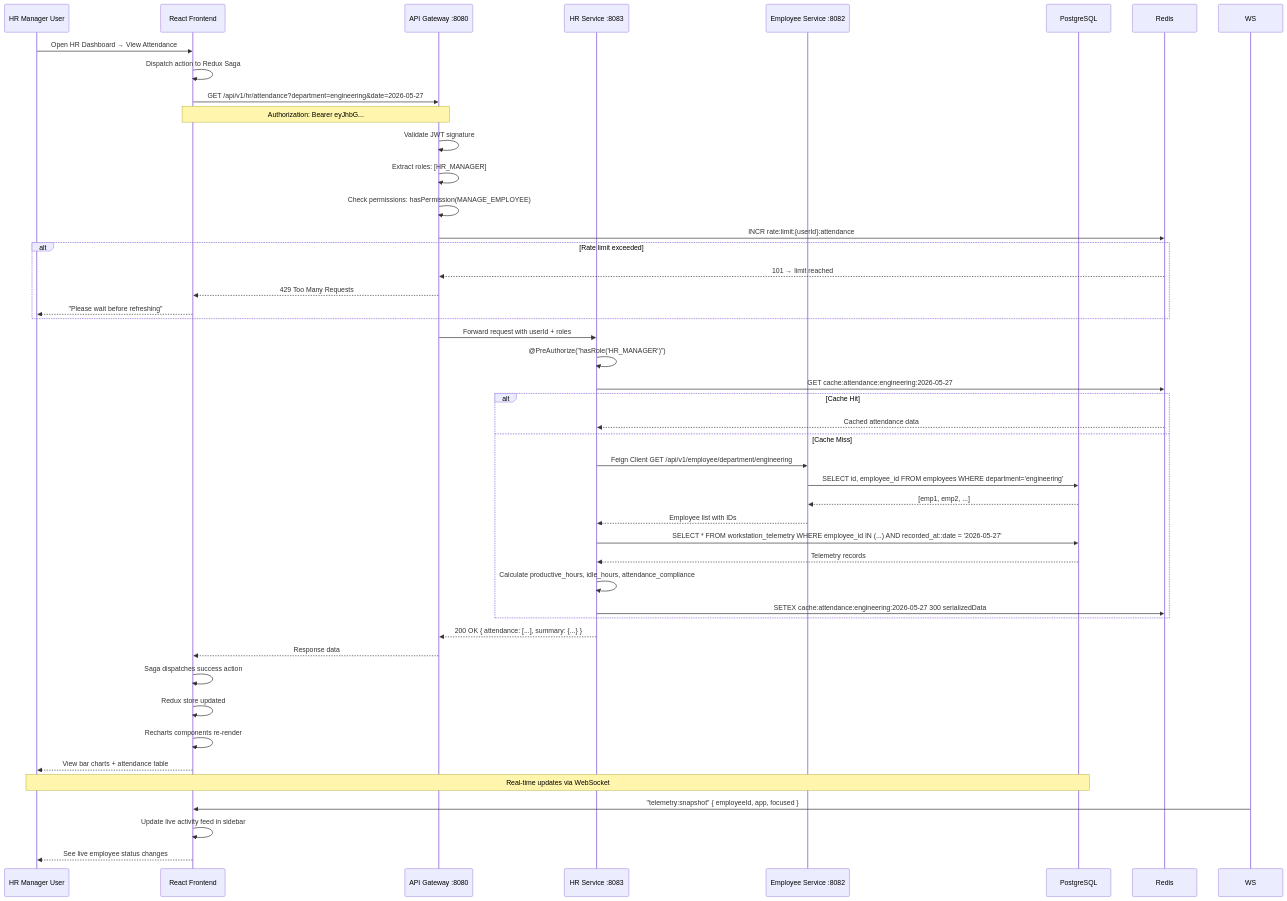
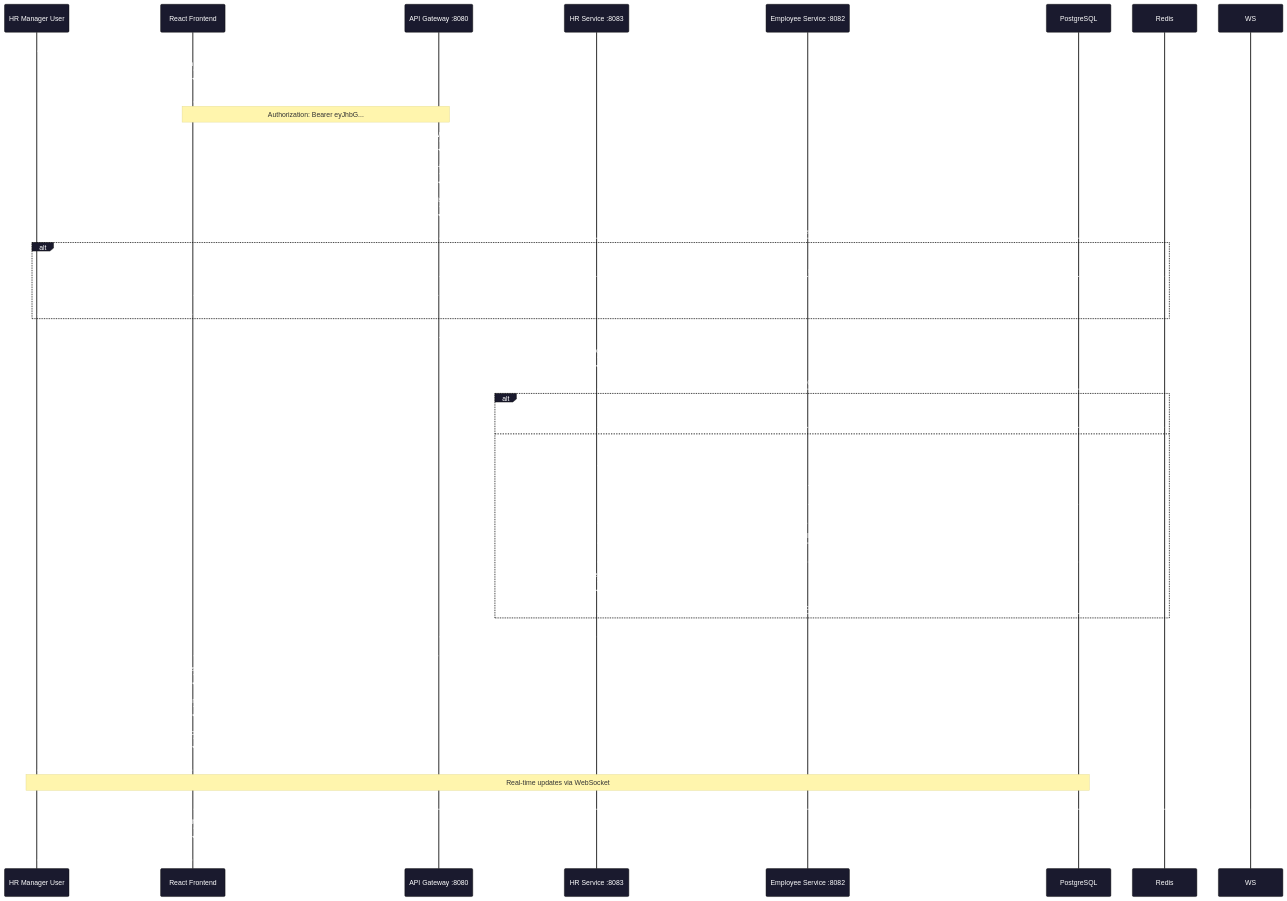
Diagram 12 of 12 in project_overview/FLOW_DIAGRAMS.md (GaganCB2002/WorkSphere-Enterprise-Grade-Activity-Intelligence_V1), drawn with Mermaid before and after one commit. The commit also changed other lines of this file and 2 other files, not shown here.

````diff
--- a/project_overview/FLOW_DIAGRAMS.md
+++ b/project_overview/FLOW_DIAGRAMS.md
@@ -784,58 +922,59 @@
 ```mermaid
+%%{init: {'theme':'base', 'themeVariables': {'primaryColor': '#1a1a2e', 'primaryTextColor': '#ffffff', 'lineColor': '#e2e8f0'}}}%%
 sequenceDiagram
     participant U as HR Manager User
     participant F as React Frontend
     participant GW as API Gateway :8080
     participant HS as HR Service :8083
     participant ES as Employee Service :8082
     participant PG as PostgreSQL
     participant RD as Redis
 
     U->>F: Open HR Dashboard → View Attendance
     F->>F: Dispatch action to Redux Saga
     F->>GW: GET /api/v1/hr/attendance?department=engineering&date=2026-05-27
     Note over F,GW: Authorization: Bearer eyJhbG...
 
     GW->>GW: Validate JWT signature
     GW->>GW: Extract roles: [HR_MANAGER]
     GW->>GW: Check permissions: hasPermission(MANAGE_EMPLOYEE)
     GW->>RD: INCR rate:limit:{userId}:attendance
-    
+
     alt Rate limit exceeded
         RD-->>GW: 101 → limit reached
         GW-->>F: 429 Too Many Requests
         F-->>U: "Please wait before refreshing"
     end
 
     GW->>HS: Forward request with userId + roles
 
     HS->>HS: @PreAuthorize("hasRole('HR_MANAGER')")
     HS->>RD: GET cache:attendance:engineering:2026-05-27
-    
+
     alt Cache Hit
         RD-->>HS: Cached attendance data
     else Cache Miss
         HS->>ES: Feign Client GET /api/v1/employee/department/engineering
         ES->>PG: SELECT id, employee_id FROM employees WHERE department='engineering'
         PG-->>ES: [emp1, emp2, ...]
         ES-->>HS: Employee list with IDs
-        
+
         HS->>PG: SELECT * FROM workstation_telemetry WHERE employee_id IN (...) AND recorded_at::date = '2026-05-27'
         PG-->>HS: Telemetry records
-        
+
         HS->>HS: Calculate productive_hours, idle_hours, attendance_compliance
         HS->>RD: SETEX cache:attendance:engineering:2026-05-27 300 serializedData
     end
 
     HS-->>GW: 200 OK { attendance: [...], summary: {...} }
     GW-->>F: Response data
     F->>F: Saga dispatches success action
     F->>F: Redux store updated
     F->>F: Recharts components re-render
     F-->>U: View bar charts + attendance table
 
     Note over U,PG: Real-time updates via WebSocket
     WS->>F: "telemetry:snapshot" { employeeId, app, focused }
     F->>F: Update live activity feed in sidebar
     F-->>U: See live employee status changes
 ```
````
